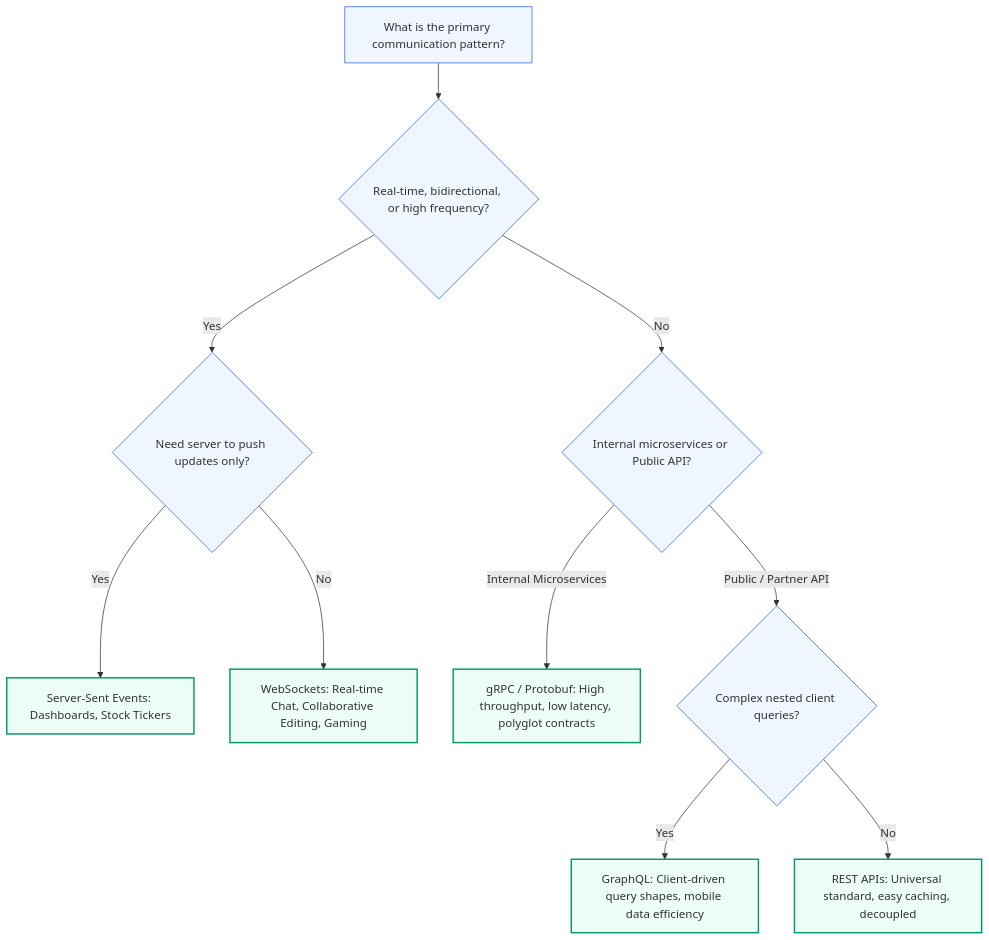
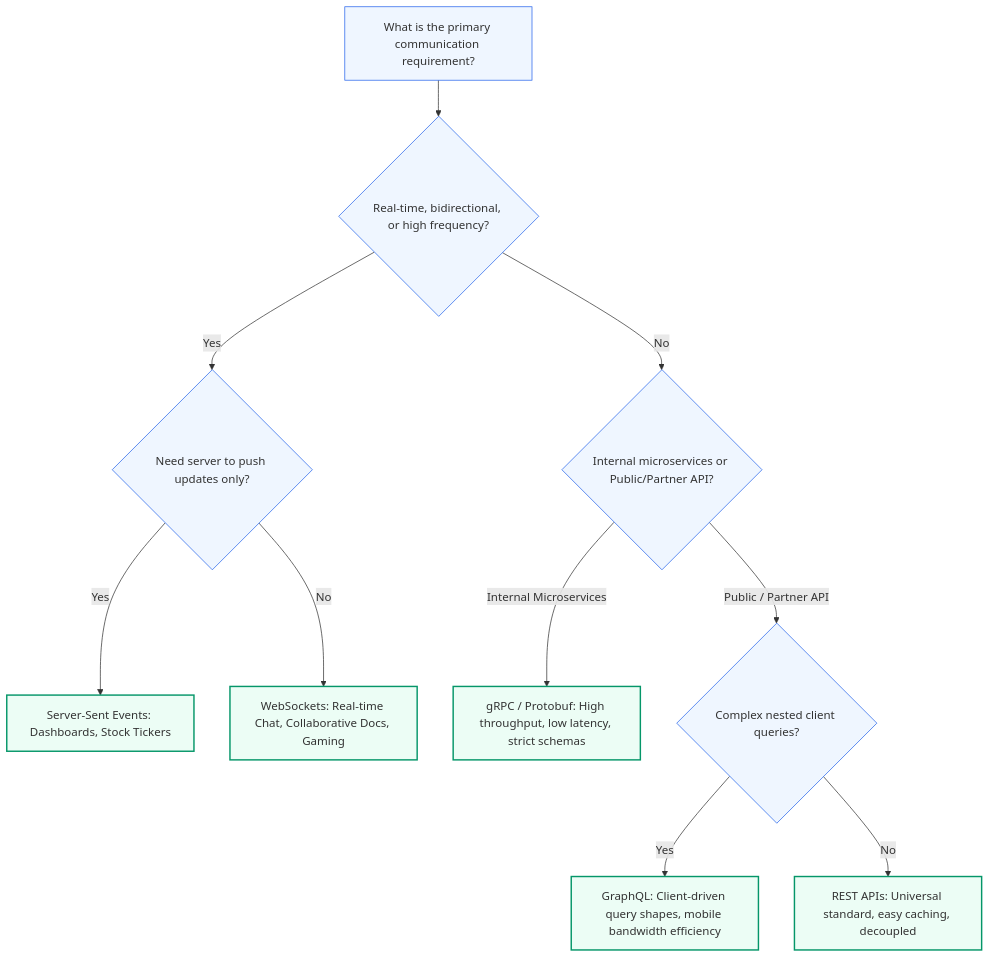
One commit to kvai9826/system-design-for-program-managers changed the third of 5 diagrams in 01-foundations/01-client-server-networking.md. Above: the diagram before and after it, drawn with Mermaid. The commit also changed other lines of this file and 30 other files, not shown here.

````diff
--- a/01-foundations/01-client-server-networking.md
+++ b/01-foundations/01-client-server-networking.md
@@ -83,19 +90,19 @@
 ```mermaid
 graph TD
-    Start[What is the primary communication pattern?] --> Q1{Real-time, bidirectional, or high frequency?}
+    Start[What is the primary communication requirement?] --> Q1{Real-time, bidirectional, or high frequency?}
     
     Q1 -->|Yes| Q2{Need server to push updates only?}
     Q2 -->|Yes| SSE[Server-Sent Events: Dashboards, Stock Tickers]
-    Q2 -->|No| WS[WebSockets: Real-time Chat, Collaborative Editing, Gaming]
+    Q2 -->|No| WS[WebSockets: Real-time Chat, Collaborative Docs, Gaming]
     
-    Q1 -->|No| Q3{Internal microservices or Public API?}
-    Q3 -->|Internal Microservices| GRPC[gRPC / Protobuf: High throughput, low latency, polyglot contracts]
+    Q1 -->|No| Q3{Internal microservices or Public/Partner API?}
+    Q3 -->|Internal Microservices| GRPC[gRPC / Protobuf: High throughput, low latency, strict schemas]
     Q3 -->|Public / Partner API| Q4{Complex nested client queries?}
-    Q4 -->|Yes| GQL[GraphQL: Client-driven query shapes, mobile data efficiency]
+    Q4 -->|Yes| GQL[GraphQL: Client-driven query shapes, mobile bandwidth efficiency]
     Q4 -->|No| REST[REST APIs: Universal standard, easy caching, decoupled]
 
     classDef decision fill:#eff6ff,stroke:#2563eb,stroke-width:1px;
     classDef tech fill:#ecfdf5,stroke:#059669,stroke-width:2px;
     class Start,Q1,Q2,Q3,Q4 decision;
     class SSE,WS,GRPC,GQL,REST tech;
 ```
````
